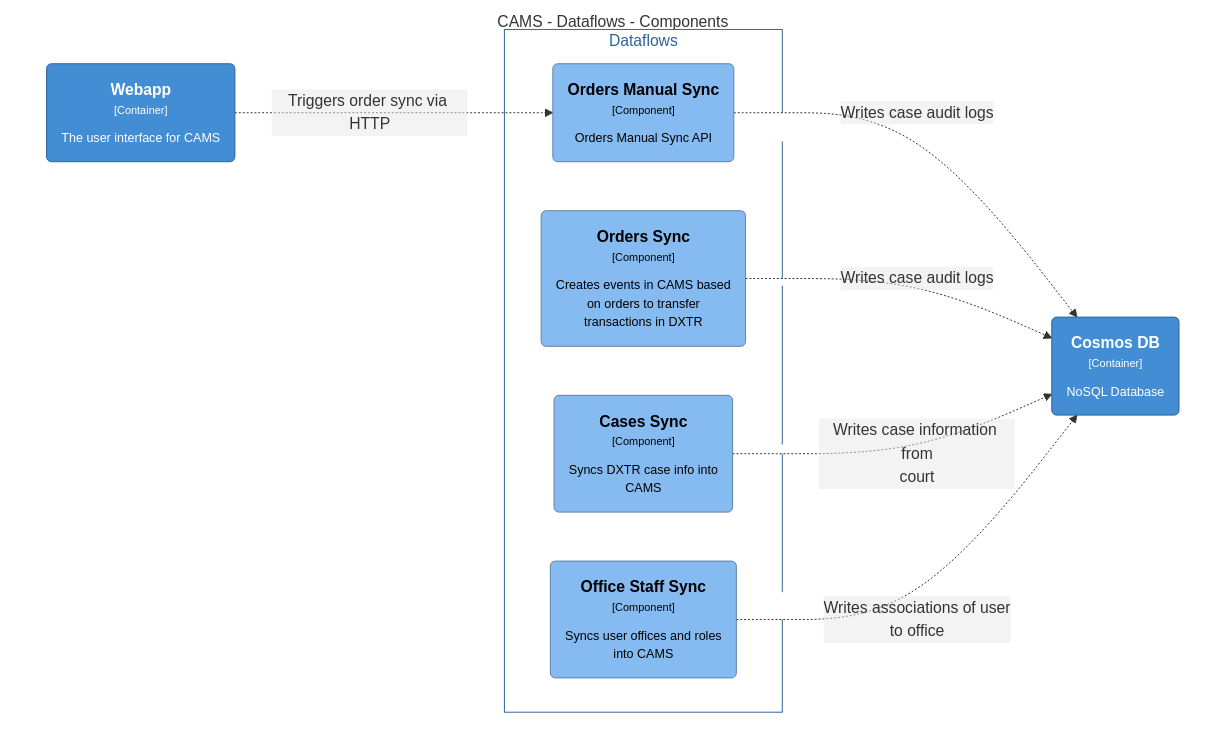
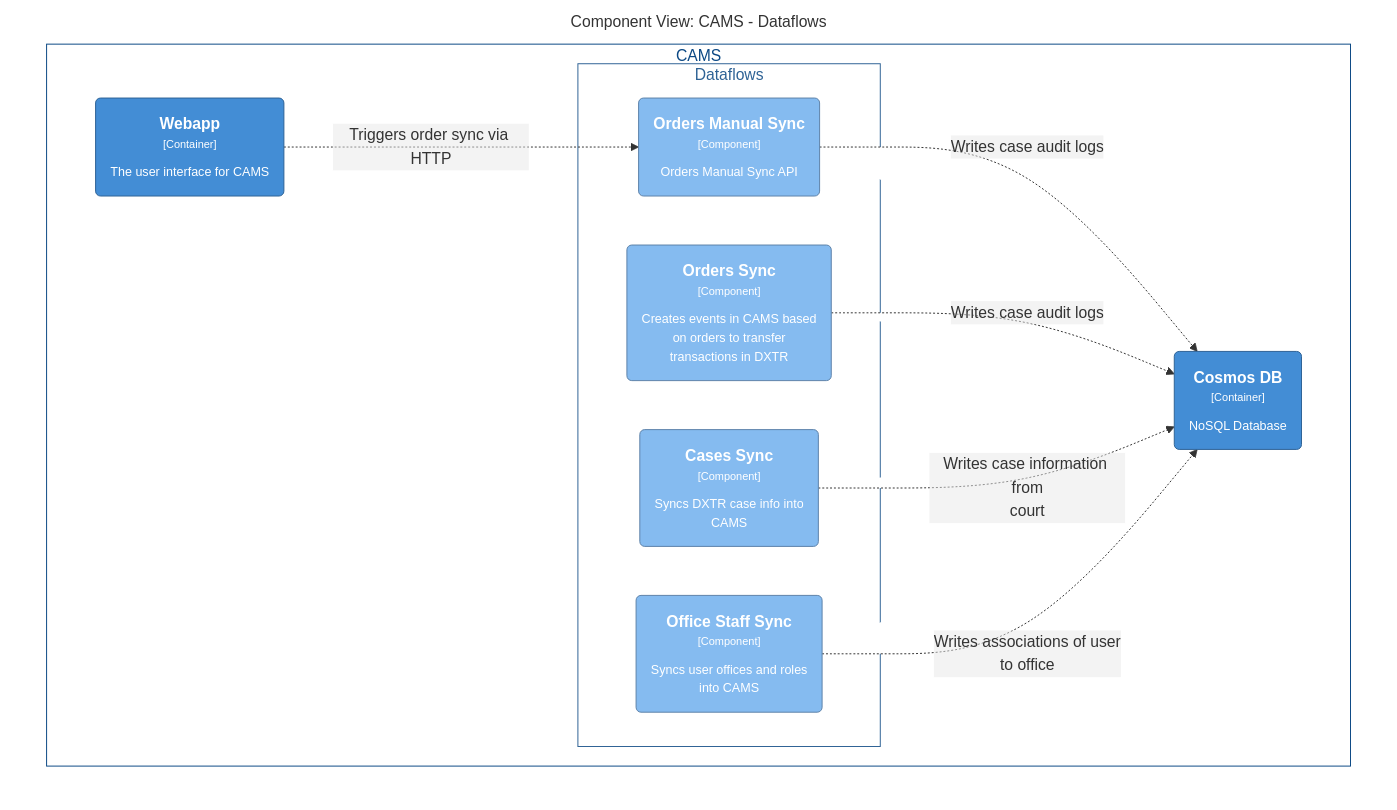
The diagram in docs/architecture/diagrams/cams-dataflows-components.md (US-Trustee-Program/Bankruptcy-Oversight-Support-Systems), drawn with Mermaid before and after one commit. The commit also changed 10 other files, not shown here.

First line of the commit message:
Add script to install doc tools; regen diagrams

````diff
--- a/docs/architecture/diagrams/cams-dataflows-components.md
+++ b/docs/architecture/diagrams/cams-dataflows-components.md
@@ -3,32 +3,37 @@
 ```mermaid
 graph TB
   linkStyle default fill:#ffffff
 
-  subgraph diagram ["CAMS - Dataflows - Components"]
+  subgraph diagram ["Component View: CAMS - Dataflows"]
     style diagram fill:#ffffff,stroke:#ffffff
 
-    10("<div style='font-weight: bold'>Webapp</div><div style='font-size: 70%; margin-top: 0px'>[Container]</div><div style='font-size: 80%; margin-top:10px'>The user interface for CAMS</div>")
-    style 10 fill:#438dd5,stroke:#2e6295,color:#ffffff
-    41("<div style='font-weight: bold'>Cosmos DB</div><div style='font-size: 70%; margin-top: 0px'>[Container]</div><div style='font-size: 80%; margin-top:10px'>NoSQL Database</div>")
-    style 41 fill:#438dd5,stroke:#2e6295,color:#ffffff
+    subgraph 6 ["CAMS"]
+      style 6 fill:#ffffff,stroke:#0b4884,color:#0b4884
 
-    subgraph 34 [Dataflows]
-      style 34 fill:#ffffff,stroke:#2e6295,color:#2e6295
+      subgraph 34 ["Dataflows"]
+        style 34 fill:#ffffff,stroke:#2e6295,color:#2e6295
 
-      35("<div style='font-weight: bold'>Cases Sync</div><div style='font-size: 70%; margin-top: 0px'>[Component]</div><div style='font-size: 80%; margin-top:10px'>Syncs DXTR case info into<br />CAMS</div>")
-      style 35 fill:#85bbf0,stroke:#5d82a8,color:#000000
-      36("<div style='font-weight: bold'>Office Staff Sync</div><div style='font-size: 70%; margin-top: 0px'>[Component]</div><div style='font-size: 80%; margin-top:10px'>Syncs user offices and roles<br />into CAMS</div>")
-      style 36 fill:#85bbf0,stroke:#5d82a8,color:#000000
-      37("<div style='font-weight: bold'>Orders Manual Sync</div><div style='font-size: 70%; margin-top: 0px'>[Component]</div><div style='font-size: 80%; margin-top:10px'>Orders Manual Sync API</div>")
-      style 37 fill:#85bbf0,stroke:#5d82a8,color:#000000
-      38("<div style='font-weight: bold'>Orders Sync</div><div style='font-size: 70%; margin-top: 0px'>[Component]</div><div style='font-size: 80%; margin-top:10px'>Creates events in CAMS based<br />on orders to transfer<br />transactions in DXTR</div>")
-      style 38 fill:#85bbf0,stroke:#5d82a8,color:#000000
+        35("<div style='font-weight: bold'>Cases Sync</div><div style='font-size: 70%; margin-top: 0px'>[Component]</div><div style='font-size: 80%; margin-top:10px'>Syncs DXTR case info into<br />CAMS</div>")
+        style 35 fill:#85bbf0,stroke:#5d82a8,color:#ffffff
+        36("<div style='font-weight: bold'>Office Staff Sync</div><div style='font-size: 70%; margin-top: 0px'>[Component]</div><div style='font-size: 80%; margin-top:10px'>Syncs user offices and roles<br />into CAMS</div>")
+        style 36 fill:#85bbf0,stroke:#5d82a8,color:#ffffff
+        37("<div style='font-weight: bold'>Orders Manual Sync</div><div style='font-size: 70%; margin-top: 0px'>[Component]</div><div style='font-size: 80%; margin-top:10px'>Orders Manual Sync API</div>")
+        style 37 fill:#85bbf0,stroke:#5d82a8,color:#ffffff
+        38("<div style='font-weight: bold'>Orders Sync</div><div style='font-size: 70%; margin-top: 0px'>[Component]</div><div style='font-size: 80%; margin-top:10px'>Creates events in CAMS based<br />on orders to transfer<br />transactions in DXTR</div>")
+        style 38 fill:#85bbf0,stroke:#5d82a8,color:#ffffff
+      end
+
+      10("<div style='font-weight: bold'>Webapp</div><div style='font-size: 70%; margin-top: 0px'>[Container]</div><div style='font-size: 80%; margin-top:10px'>The user interface for CAMS</div>")
+      style 10 fill:#438dd5,stroke:#2e6295,color:#ffffff
+      41("<div style='font-weight: bold'>Cosmos DB</div><div style='font-size: 70%; margin-top: 0px'>[Container]</div><div style='font-size: 80%; margin-top:10px'>NoSQL Database</div>")
+      style 41 fill:#438dd5,stroke:#2e6295,color:#ffffff
     end
 
     37-. "<div>Writes case audit logs</div><div style='font-size: 70%'></div>" .->41
     38-. "<div>Writes case audit logs</div><div style='font-size: 70%'></div>" .->41
     35-. "<div>Writes case information from<br />court</div><div style='font-size: 70%'></div>" .->41
     36-. "<div>Writes associations of user<br />to office</div><div style='font-size: 70%'></div>" .->41
     10-. "<div>Triggers order sync via HTTP</div><div style='font-size: 70%'></div>" .->37
+
   end
 ```
````
